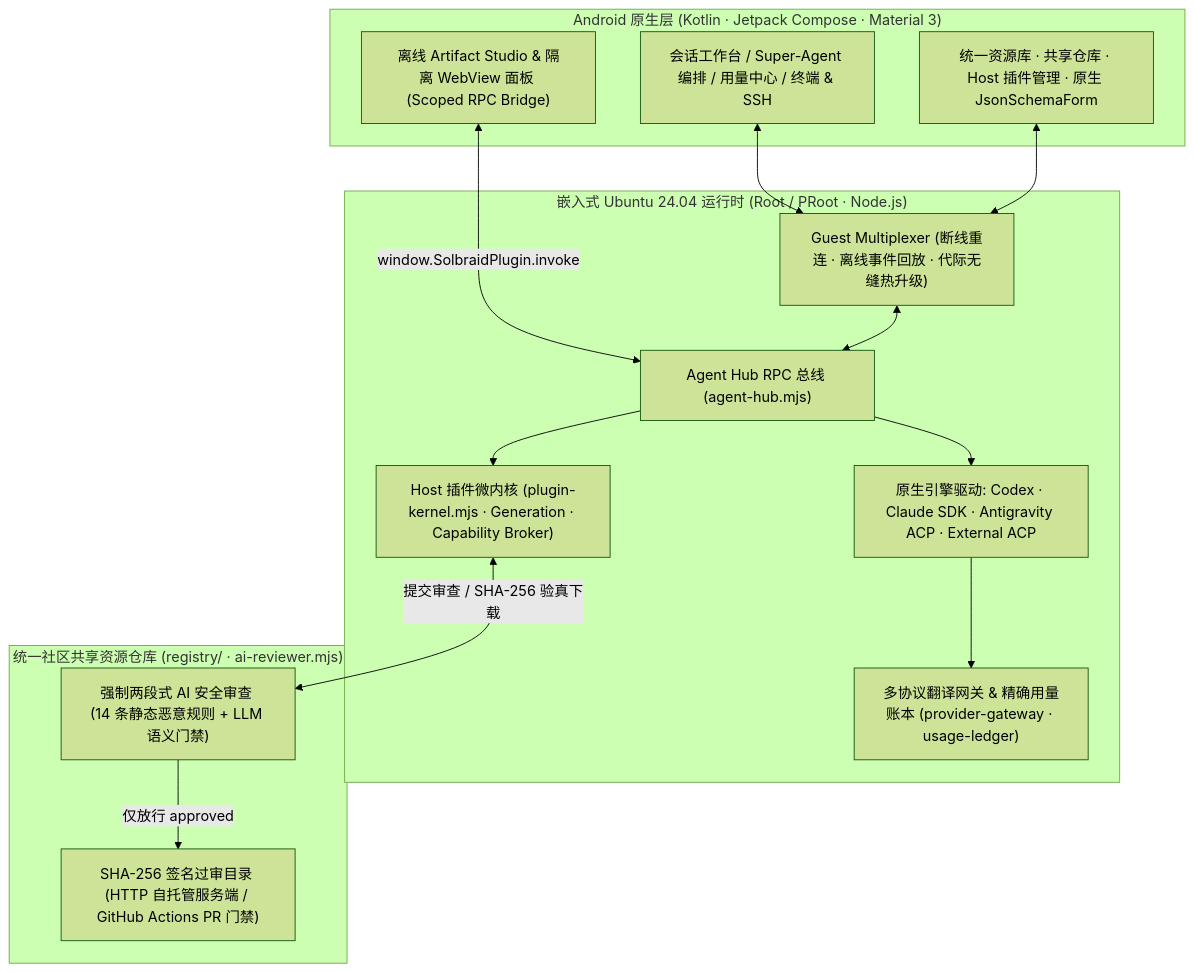
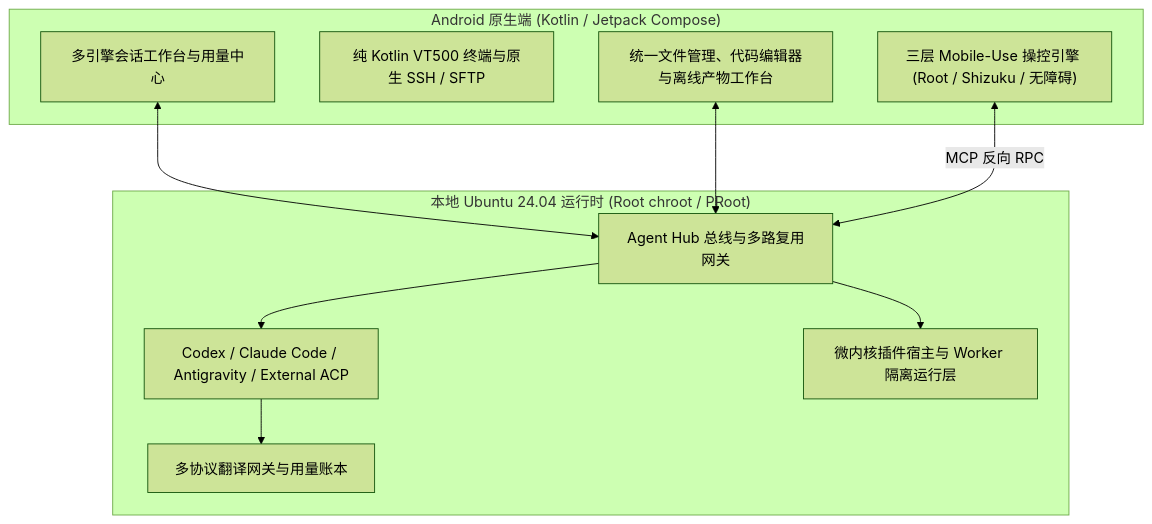
One commit to GALIAIS/Solbraid changed the diagram in README.md. Above: the diagram before and after it, drawn with Mermaid (forest theme). The commit also changed other lines of this file and 68 other files, not shown here.

Commit message:
feat(terminal): 新增原生终端、SSH 工作台与图形协议支持

````diff
--- a/README.md
+++ b/README.md
@@ -50,31 +34,23 @@
 ```mermaid
 flowchart TB
-    subgraph Android["Android 原生层 (Kotlin · Jetpack Compose · Material 3)"]
-        UI["会话工作台 / Super-Agent 编排 / 用量中心 / 终端 & SSH"]
-        ExtUI["统一资源库 · 共享仓库 · Host 插件管理 · 原生 JsonSchemaForm"]
-        Studio["离线 Artifact Studio & 隔离 WebView 面板 (Scoped RPC Bridge)"]
+    subgraph Android["Android 原生端 (Kotlin / Jetpack Compose)"]
+        Chat["多引擎会话工作台与用量中心"]
+        Term["纯 Kotlin VT500 终端与原生 SSH / SFTP"]
+        Files["统一文件管理、代码编辑器与离线产物工作台"]
+        Mobile["三层 Mobile-Use 操控引擎 (Root / Shizuku / 无障碍)"]
     end
 
-    subgraph Linux["嵌入式 Ubuntu 24.04 运行时 (Root / PRoot · Node.js)"]
-        Mux["Guest Multiplexer (断线重连 · 离线事件回放 · 代际无缝热升级)"]
-        Hub["Agent Hub RPC 总线 (agent-hub.mjs)"]
-        Kernel["Host 插件微内核 (plugin-kernel.mjs · Generation · Capability Broker)"]
-        Gateway["多协议翻译网关 & 精确用量账本 (provider-gateway · usage-ledger)"]
-        Drivers["原生引擎驱动: Codex · Claude SDK · Antigravity ACP · External ACP"]
+    subgraph Runtime["本地 Ubuntu 24.04 运行时 (Root chroot / PRoot)"]
+        Hub["Agent Hub 总线与多路复用网关"]
+        Drivers["Codex / Claude Code / Antigravity / External ACP"]
+        Gateway["多协议翻译网关与用量账本"]
+        Kernel["微内核插件宿主与 Worker 隔离运行层"]
     end
 
-    subgraph Registry["统一社区共享资源仓库 (registry/ · ai-reviewer.mjs)"]
-        Gate["强制两段式 AI 安全审查 (14 条静态恶意规则 + LLM 语义门禁)"]
-        Store["SHA-256 签名过审目录 (HTTP 自托管服务端 / GitHub Actions PR 门禁)"]
-    end
-
-    UI <--> Mux
-    ExtUI <--> Mux
-    Studio <-->|"window.SolbraidPlugin.invoke"| Hub
-    Mux <--> Hub
+    Chat <--> Hub
+    Files <--> Hub
+    Mobile <-->|"MCP 反向 RPC"| Hub
+    Hub --> Drivers
     Hub --> Kernel
-    Hub --> Drivers
     Drivers --> Gateway
-    Kernel <-->|"提交审查 / SHA-256 验真下载"| Gate
-    Gate -->|"仅放行 approved"| Store
 ```
````
